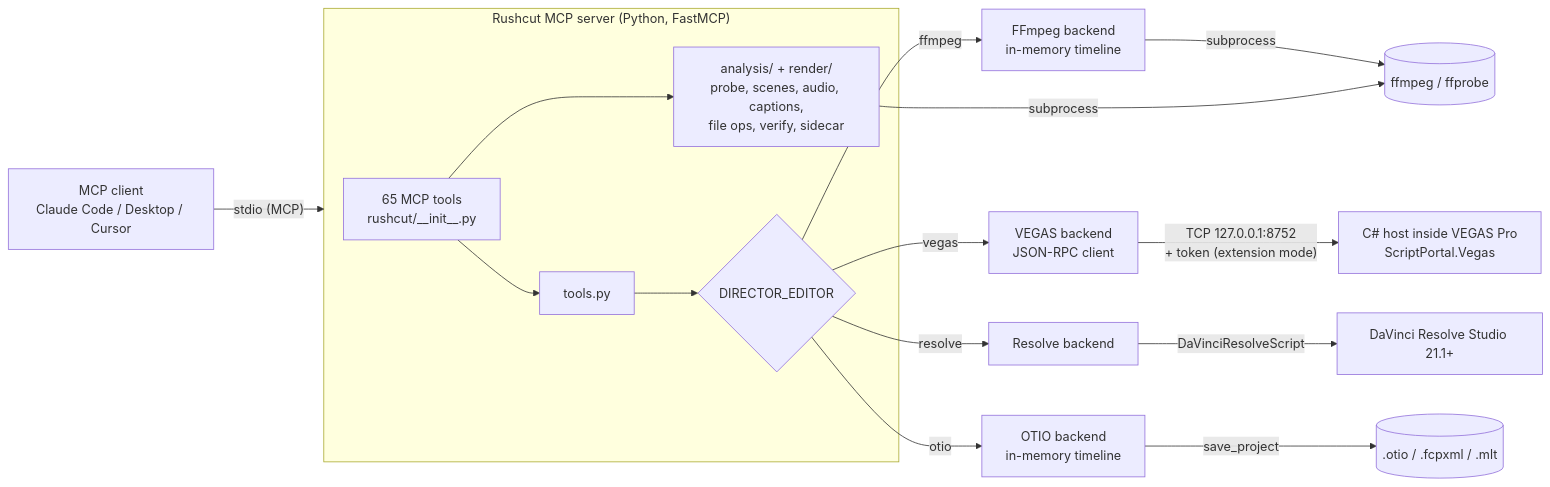
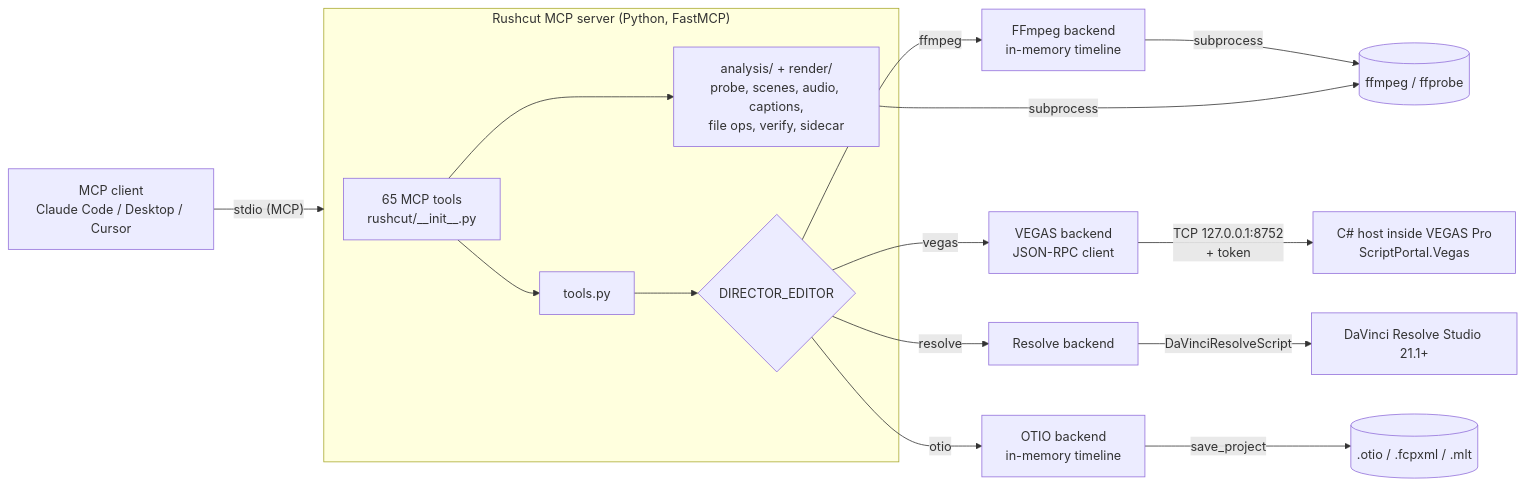
Before and after one commit to RFingAdam/rushcut: the diagram in README.md, drawn with Mermaid. The commit also changed other lines of this file and 3 other files, not shown here.

First line of the commit message:
Require the host token in every mode (#1)

````diff
--- a/README.md
+++ b/README.md
@@ -221,21 +221,21 @@
 ```mermaid
 flowchart LR
     client["MCP client<br/>Claude Code / Desktop / Cursor"] -- "stdio (MCP)" --> server
 
     subgraph server["Rushcut MCP server (Python, FastMCP)"]
         tools["65 MCP tools<br/>rushcut/__init__.py"] --> facade["tools.py"]
         facade --> select{"DIRECTOR_EDITOR"}
         tools --> analysis["analysis/ + render/<br/>probe, scenes, audio, captions,<br/>file ops, verify, sidecar"]
     end
 
     select -- ffmpeg --> ff["FFmpeg backend<br/>in-memory timeline"]
     select -- vegas --> vg["VEGAS backend<br/>JSON-RPC client"]
     select -- resolve --> rs["Resolve backend"]
     select -- otio --> ot["OTIO backend<br/>in-memory timeline"]
 
     ff -- "subprocess" --> ffmpeg[("ffmpeg / ffprobe")]
     analysis -- "subprocess" --> ffmpeg
-    vg -- "TCP 127.0.0.1:8752<br/>+ token (extension mode)" --> host["C# host inside VEGAS Pro<br/>ScriptPortal.Vegas"]
+    vg -- "TCP 127.0.0.1:8752<br/>+ token" --> host["C# host inside VEGAS Pro<br/>ScriptPortal.Vegas"]
     rs -- "DaVinciResolveScript" --> resolve["DaVinci Resolve Studio 21.1+"]
     ot -- "save_project" --> files[(".otio / .fcpxml / .mlt")]
 ```
````
